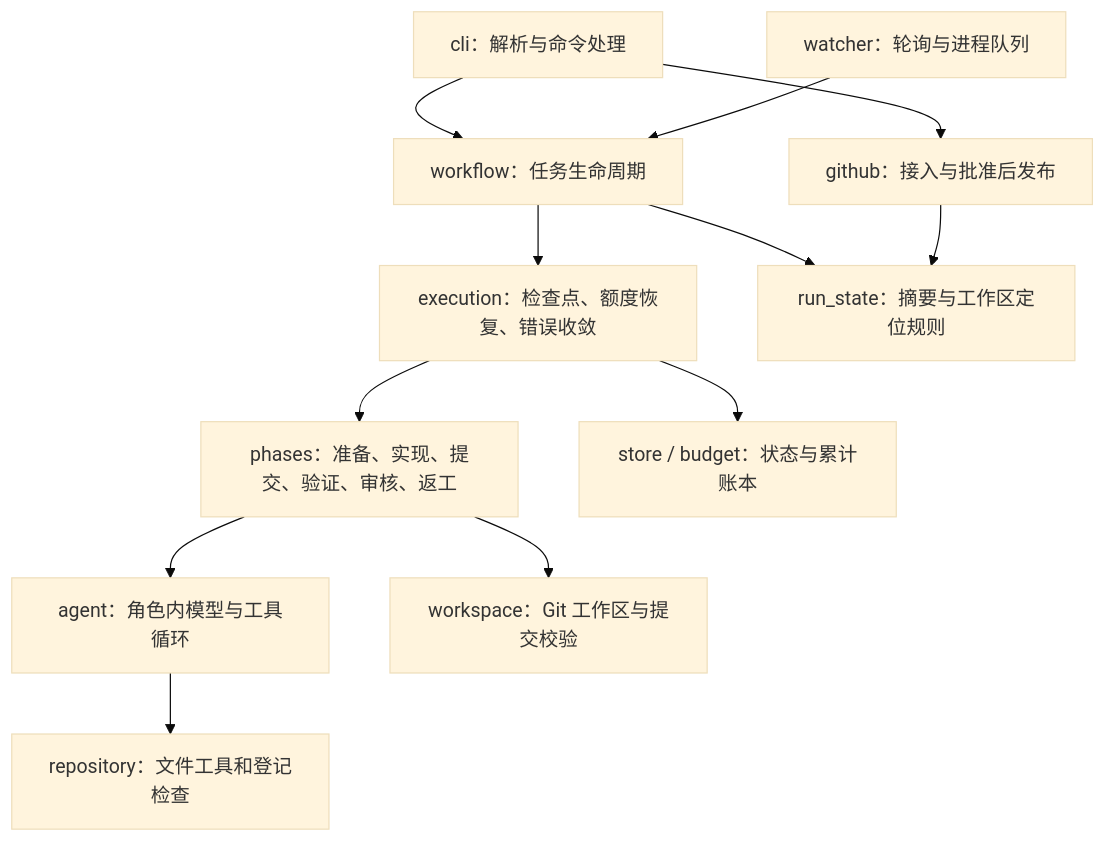
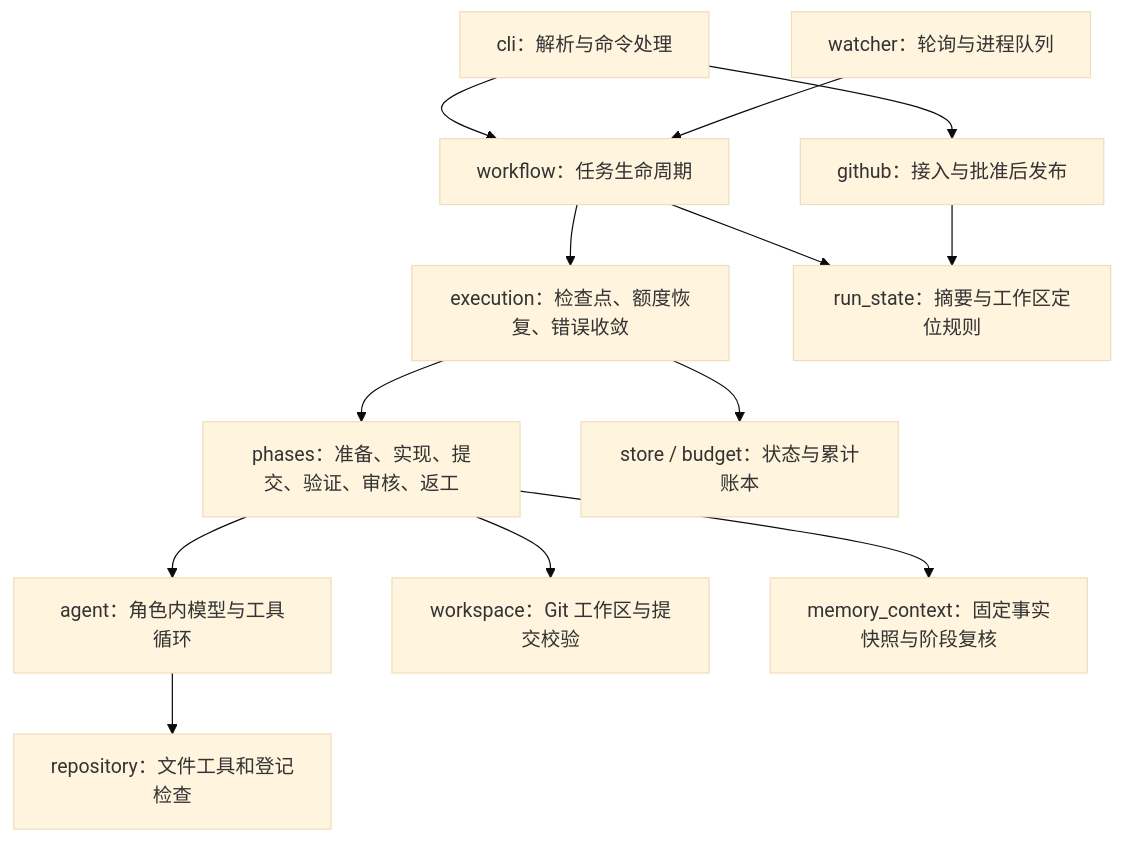
One commit to saikaji0314/repopilot changed the diagram in docs/runtime-v2/ARCHITECTURE.md. Above: the diagram before and after it, drawn with Mermaid (base theme). The commit also changed other lines of this file and 15 other files, not shown here.

````diff
--- a/docs/runtime-v2/ARCHITECTURE.md
+++ b/docs/runtime-v2/ARCHITECTURE.md
@@ -37,14 +37,15 @@
 ```mermaid
 flowchart TD
     CLI[cli：解析与命令处理] --> WF[workflow：任务生命周期]
     WATCH[watcher：轮询与进程队列] --> WF
     WF --> EXEC[execution：检查点、额度恢复、错误收敛]
     EXEC --> PHASE[phases：准备、实现、提交、验证、审核、返工]
     PHASE --> AGENT[agent：角色内模型与工具循环]
     AGENT --> TOOLS[repository：文件工具和登记检查]
     PHASE --> WS[workspace：Git 工作区与提交校验]
+    PHASE --> MEM[memory_context：固定事实快照与阶段复核]
     EXEC --> STORE[store / budget：状态与累计账本]
     CLI --> GH[github：接入与批准后发布]
     WF --> STATE[run_state：摘要与工作区定位规则]
     GH --> STATE
 ```
````
